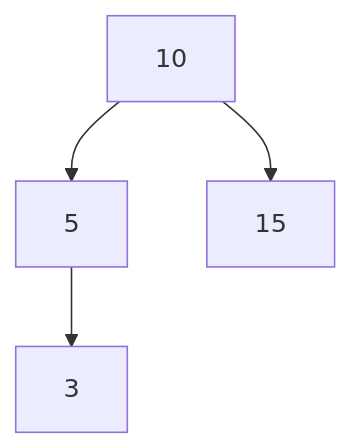
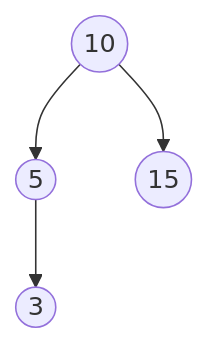
One commit to 3strategy/BeautifulMivney changed the seventh of 28 diagrams in cst/6binnode/Ex6a1binnode.md. Above: the diagram before and after it, drawn with Mermaid. The commit also changed other lines of this file and 3 other files, not shown here.

````diff
--- a/cst/6binnode/Ex6a1binnode.md
+++ b/cst/6binnode/Ex6a1binnode.md
@@ -134,6 +134,6 @@
     ```mermaid
     flowchart TB
-      A[10] --> B[5]
-      A --> C[15]:::leaf
-      B --> D[3]:::leaf
+      A((10)) --> B((5))
+      A --> C((15)):::leaf
+      B --> D((3)):::leaf
     ```
````
